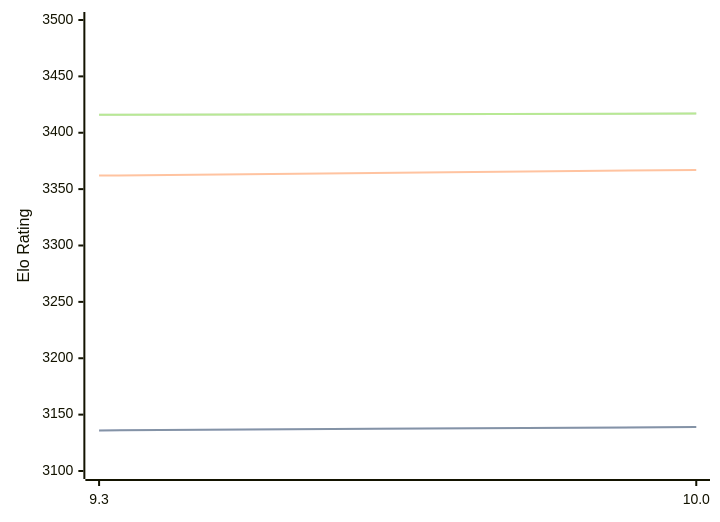
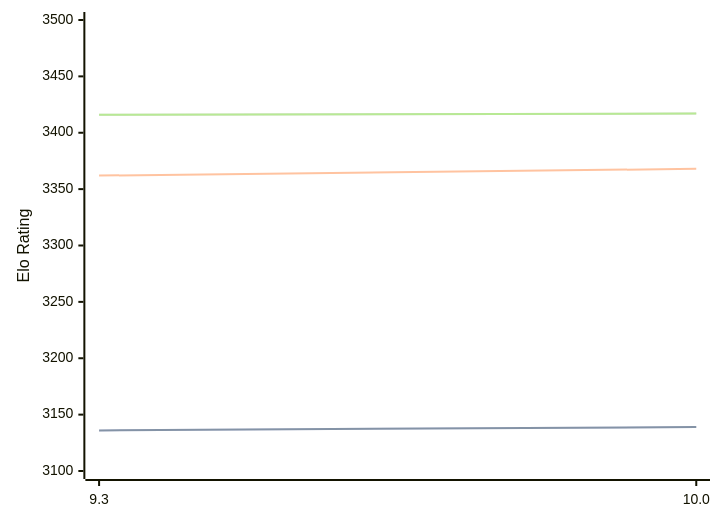
One commit to computer-chess-index/cci changed the diagram in engines/Fire.md. Above: the diagram before and after it, drawn with Mermaid. The commit also changed other lines of this file, not shown here.

````diff
--- a/engines/Fire.md
+++ b/engines/Fire.md
@@ -32,11 +32,11 @@
 ```mermaid
 %%{init: {"theme":"base","themeVariables":{"seriesColors:['#a3a3a3','#222221','#faa371']}}}%%
 xychart-beta
   x-axis ["9.3", "10.0"]
   y-axis "Elo Rating" 3100 --> 3500
   line "STC (8.0+0.08s)" [3136, 3139]
   line "STC (8.0+0.08s)" [3136, 3139]
-  line "LTC (60.0+0.60s)" [3362, 3367]
+  line "LTC (60.0+0.60s)" [3362, 3368]
   line "VLTC (2m24s+1.12s)" [3416, 3417]
   line "VLTC (2m24s+1.12s)" [3416, 3417]
 ```
````
